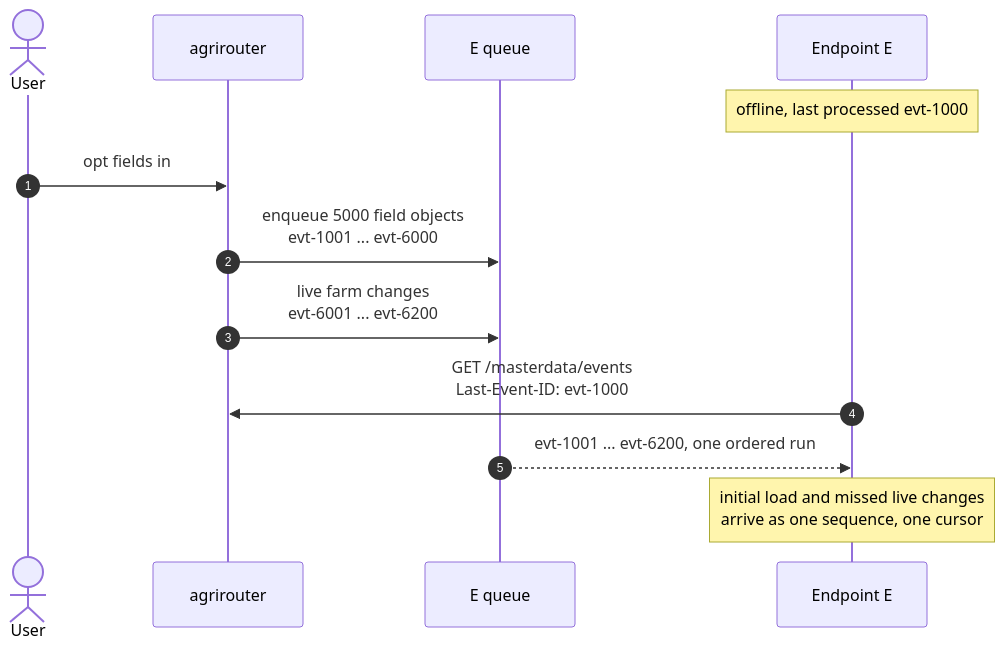
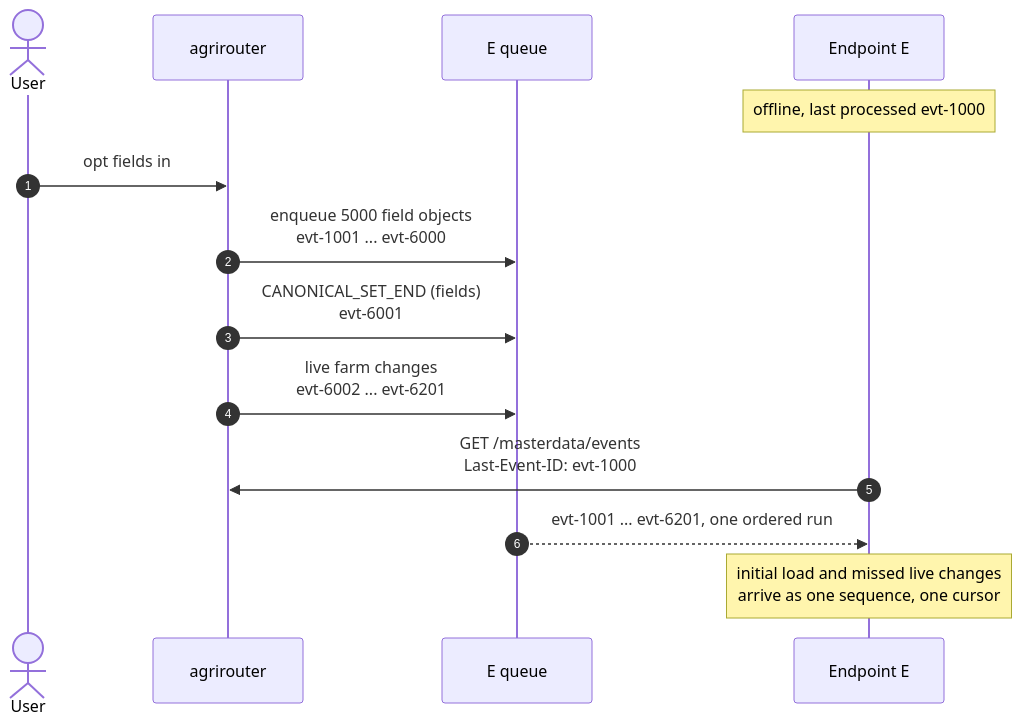
The second of 2 diagrams in architecture/07-sync-streaming.md (DKE-Data/masterdata-sync-working-group), drawn with Mermaid before and after one commit. The commit also changed other lines of this file and 3 other files, not shown here.

Commit message:
Add canonical set end event

````diff
--- a/architecture/07-sync-streaming.md
+++ b/architecture/07-sync-streaming.md
@@ -74,16 +74,17 @@
 ```mermaid
 sequenceDiagram
     autonumber
     actor U as User
     participant AR as agrirouter
     participant Q as E queue
     participant E as Endpoint E
 
     Note over E: offline, last processed evt-1000
     U->>AR: opt fields in
     AR->>Q: enqueue 5000 field objects<br/>evt-1001 ... evt-6000
-    AR->>Q: live farm changes<br/>evt-6001 ... evt-6200
+    AR->>Q: CANONICAL_SET_END (fields)<br/>evt-6001
+    AR->>Q: live farm changes<br/>evt-6002 ... evt-6201
     E->>AR: GET /masterdata/events<br/>Last-Event-ID: evt-1000
-    Q-->>E: evt-1001 ... evt-6200, one ordered run
+    Q-->>E: evt-1001 ... evt-6201, one ordered run
     Note over E: initial load and missed live changes<br/>arrive as one sequence, one cursor
 ```
````
